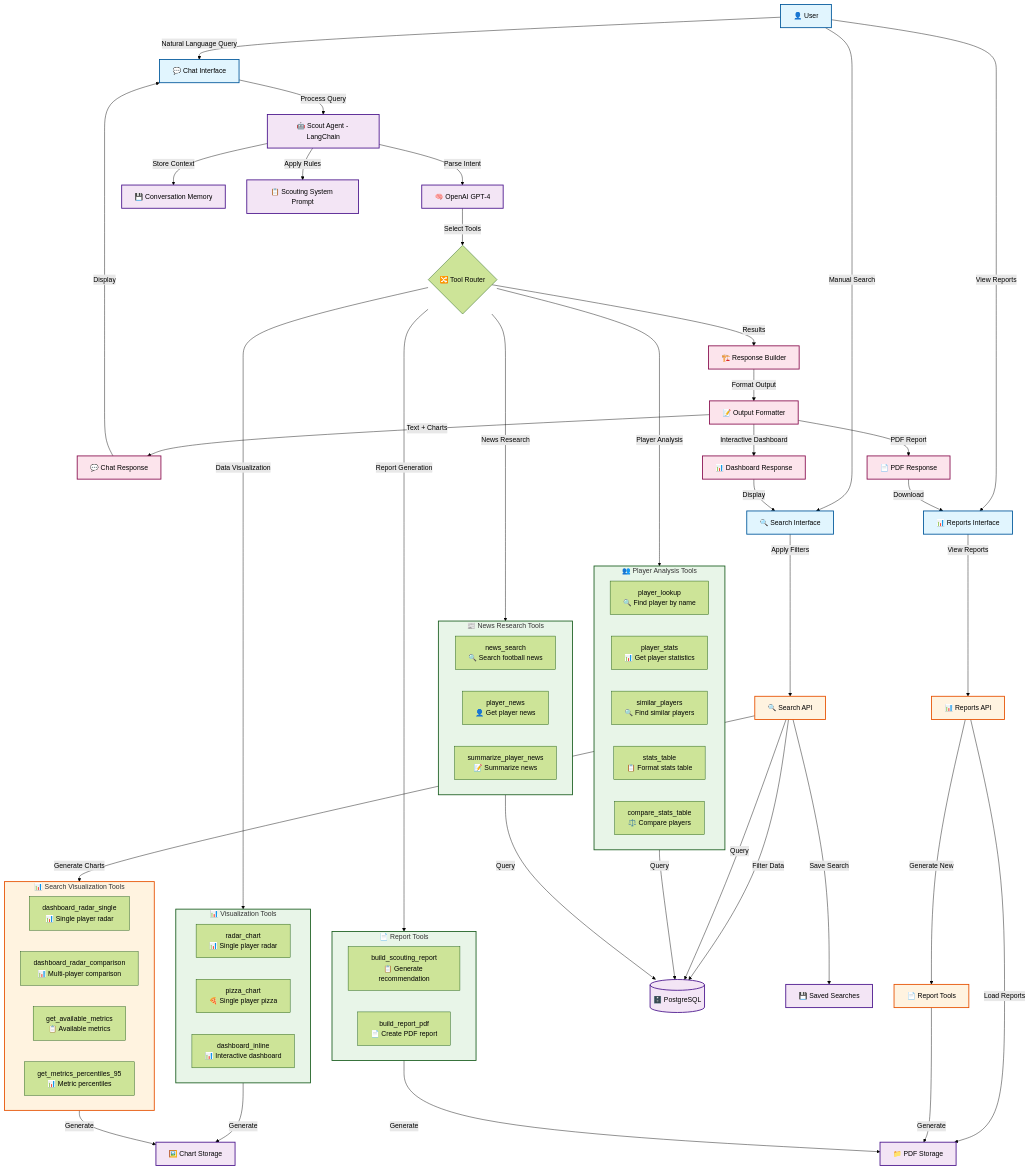
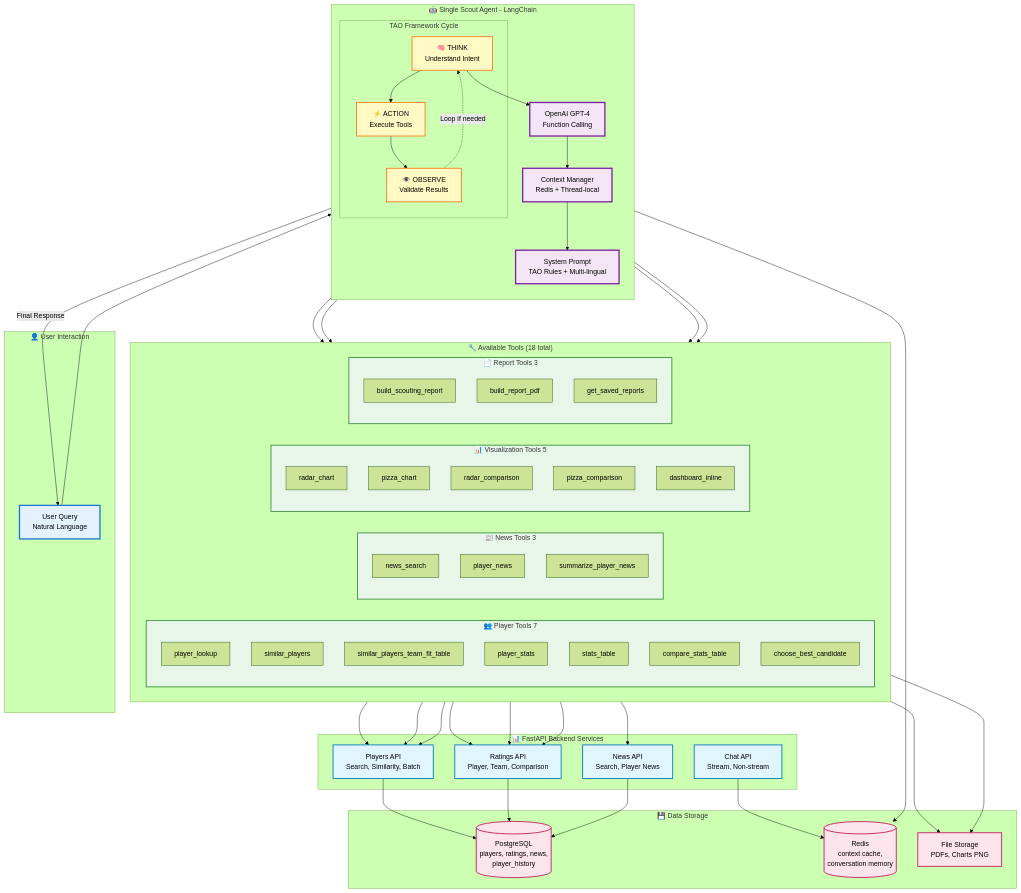
One commit to KikeRev/smart_scout_app changed the second of 2 diagrams in README.md. Above: the diagram before and after it, drawn with Mermaid (forest theme). The commit also changed other lines of this file and 81 other files, not shown here.

First line of the commit message:
Feature/player rating system (#18)

````diff
--- a/README.md
+++ b/README.md
@@ -656,108 +1061,122 @@
 ```mermaid
-flowchart TD
-    %% User Entry Points
-    User[👤 User] -->|"Natural Language Query"| ChatInterface[💬 Chat Interface]
-    User -->|"Manual Search"| SearchInterface[🔍 Search Interface]
-    User -->|"View Reports"| ReportsInterface[📊 Reports Interface]
+flowchart TB
+    subgraph User_Interaction["👤 User Interaction"]
+        User[User Query<br/>Natural Language]
+    end
+
+    subgraph Agent_Core["🤖 Single Scout Agent - LangChain"]
+        direction TB
+        
+        subgraph TAO_Cycle["TAO Framework Cycle"]
+            Think[🧠 THINK<br/>Understand Intent]
+            Action[⚡ ACTION<br/>Execute Tools]
+            Observe[👁️ OBSERVE<br/>Validate Results]
+        end
+        
+        LLM[OpenAI GPT-4<br/>Function Calling]
+        ContextMgr[Context Manager<br/>Redis + Thread-local]
+        SystemPrompt[System Prompt<br/>TAO Rules + Multi-lingual]
+    end
+
+    subgraph Available_Tools["🔧 Available Tools (18 total)"]
+        direction LR
+        
+        subgraph PlayerTools["👥 Player Tools 7"]
+            PT1[player_lookup]
+            PT2[similar_players]
+            PT3[similar_players_team_fit_table]
+            PT4[player_stats]
+            PT5[stats_table]
+            PT6[compare_stats_table]
+            PT7[choose_best_candidate]
+        end
+        
+        subgraph NewsTools["📰 News Tools 3"]
+            NT1[news_search]
+            NT2[player_news]
+            NT3[summarize_player_news]
+        end
+        
+        subgraph VizTools["📊 Visualization Tools 5"]
+            VT1[radar_chart]
+            VT2[pizza_chart]
+            VT3[radar_comparison]
+            VT4[pizza_comparison]
+            VT5[dashboard_inline]
+        end
+        
+        subgraph ReportTools["📄 Report Tools 3"]
+            RT1[build_scouting_report]
+            RT2[build_report_pdf]
+            RT3[get_saved_reports]
+        end
+    end
+
+    subgraph Backend_Services["📊 FastAPI Backend Services"]
+        PlayersAPI[Players API<br/>Search, Similarity, Batch]
+        RatingsAPI[Ratings API<br/>Player, Team, Comparison]
+        NewsAPI[News API<br/>Search, Player News]
+        ChatAPI[Chat API<br/>Stream, Non-stream]
+    end
+
+    subgraph Data_Storage["💾 Data Storage"]
+        PostgreSQL[(PostgreSQL<br/>players, ratings, news,<br/>player_history)]
+        RedisCache[(Redis<br/>context cache,<br/>conversation memory)]
+        FileStorage[File Storage<br/>PDFs, Charts PNG]
+    end
+
+    %% User to Agent
+    User --> Think
+    Think --> LLM
+    LLM --> ContextMgr
+    ContextMgr --> SystemPrompt
     
-    %% Chat Flow - AI Agent
-    ChatInterface -->|"Process Query"| Agent[🤖 Scout Agent - LangChain]
-    Agent -->|"Parse Intent"| LLM[🧠 OpenAI GPT-4]
-    Agent -->|"Store Context"| Memory[💾 Conversation Memory]
-    Agent -->|"Apply Rules"| SystemPrompt[📋 Scouting System Prompt]
+    %% TAO Cycle
+    Think --> Action
+    Action --> Observe
+    Observe -.->|"Loop if needed"| Think
+    Observe -->|"Final Response"| User
     
-    %% Tool Selection & Execution
-    LLM -->|"Select Tools"| ToolRouter{🔀 Tool Router}
+    %% Action calls Tools
+    Action --> PlayerTools
+    Action --> NewsTools
+    Action --> VizTools
+    Action --> ReportTools
     
-    %% Chat Flow Tools
-    ToolRouter -->|"Player Analysis"| ChatPlayerTools[👥 Player Analysis Tools]
-    ToolRouter -->|"News Research"| ChatNewsTools[📰 News Research Tools]
-    ToolRouter -->|"Data Visualization"| ChatVizTools[📊 Visualization Tools]
-    ToolRouter -->|"Report Generation"| ChatReportTools[📄 Report Tools]
+    %% Tools call Backend Services
+    PlayerTools --> PlayersAPI
+    PlayerTools --> RatingsAPI
+    NewsTools --> NewsAPI
+    VizTools --> PlayersAPI
+    VizTools --> RatingsAPI
+    ReportTools --> PlayersAPI
+    ReportTools --> RatingsAPI
     
-    %% Chat Player Tools Detail
-    subgraph ChatPlayerTools[👥 Player Analysis Tools]
-        CPT1[player_lookup<br/>🔍 Find player by name]
-        CPT2[player_stats<br/>📊 Get player statistics]
-        CPT3[similar_players<br/>🔍 Find similar players]
-        CPT4[stats_table<br/>📋 Format stats table]
-        CPT5[compare_stats_table<br/>⚖️ Compare players]
-    end
+    %% Backend Services use Data
+    PlayersAPI --> PostgreSQL
+    RatingsAPI --> PostgreSQL
+    NewsAPI --> PostgreSQL
+    ChatAPI --> RedisCache
     
-    %% Chat News Tools Detail
-    subgraph ChatNewsTools[📰 News Research Tools]
-        CNT1[news_search<br/>🔍 Search football news]
-        CNT2[player_news<br/>👤 Get player news]
-        CNT3[summarize_player_news<br/>📝 Summarize news]
-    end
+    %% File Generation
+    VizTools --> FileStorage
+    ReportTools --> FileStorage
     
-    %% Chat Visualization Tools Detail
-    subgraph ChatVizTools[📊 Visualization Tools]
-        CVT1[radar_chart<br/>📊 Single player radar]
-        CVT2[pizza_chart<br/>🍕 Single player pizza]
-        CVT3[dashboard_inline<br/>📊 Interactive dashboard]
-    end
-    
-    %% Chat Report Tools Detail
-    subgraph ChatReportTools[📄 Report Tools]
-        CRT1[build_scouting_report<br/>📋 Generate recommendation]
-        CRT2[build_report_pdf<br/>📄 Create PDF report]
-    end
-    
-    %% Manual Search Flow
-    SearchInterface -->|"Apply Filters"| SearchAPI[🔍 Search API]
-    SearchAPI -->|"Filter Data"| Database[(🗄️ PostgreSQL)]
-    SearchAPI -->|"Generate Charts"| SearchVizTools[📊 Search Visualization Tools]
-    SearchAPI -->|"Save Search"| SavedSearches[💾 Saved Searches]
-    
-    %% Manual Search Visualization Tools
-    subgraph SearchVizTools[📊 Search Visualization Tools]
-        SVT1[dashboard_radar_single<br/>📊 Single player radar]
-        SVT2[dashboard_radar_comparison<br/>📊 Multi-player comparison]
-        SVT3[get_available_metrics<br/>📋 Available metrics]
-        SVT4[get_metrics_percentiles_95<br/>📊 Metric percentiles]
-    end
-    
-    %% Reports Flow
-    ReportsInterface -->|"View Reports"| ReportsAPI[📊 Reports API]
-    ReportsAPI -->|"Load Reports"| PDFStorage[📁 PDF Storage]
-    ReportsAPI -->|"Generate New"| ReportTools[📄 Report Tools]
-    
-    %% Data Sources
-    ChatPlayerTools -->|"Query"| Database
-    ChatNewsTools -->|"Query"| Database
-    SearchAPI -->|"Query"| Database
-    ChatVizTools -->|"Generate"| ChartStorage[🖼️ Chart Storage]
-    SearchVizTools -->|"Generate"| ChartStorage
-    ChatReportTools -->|"Generate"| PDFStorage
-    ReportTools -->|"Generate"| PDFStorage
-    
-    %% Output Generation
-    ToolRouter -->|"Results"| ResponseBuilder[🏗️ Response Builder]
-    ResponseBuilder -->|"Format Output"| OutputFormatter[📝 Output Formatter]
-    
-    %% Output Types
-    OutputFormatter -->|"Text + Charts"| ChatResponse[💬 Chat Response]
-    OutputFormatter -->|"Interactive Dashboard"| DashboardResponse[📊 Dashboard Response]
-    OutputFormatter -->|"PDF Report"| PDFResponse[📄 PDF Response]
-    
-    %% User Interfaces
-    ChatResponse -->|"Display"| ChatInterface
-    DashboardResponse -->|"Display"| SearchInterface
-    PDFResponse -->|"Download"| ReportsInterface
+    %% Context Persistence
+    ContextMgr --> RedisCache
     
     %% Styling
-    classDef userInterface fill:#e1f5fe,stroke:#01579b,stroke-width:2px
-    classDef agent fill:#f3e5f5,stroke:#4a148c,stroke-width:2px
-    classDef chatTools fill:#e8f5e8,stroke:#1b5e20,stroke-width:2px
-    classDef searchTools fill:#fff3e0,stroke:#e65100,stroke-width:2px
-    classDef data fill:#f3e5f5,stroke:#4a148c,stroke-width:2px
-    classDef output fill:#fce4ec,stroke:#880e4f,stroke-width:2px
+    classDef userStyle fill:#e3f2fd,stroke:#1976d2,stroke-width:3px
+    classDef agentStyle fill:#f3e5f5,stroke:#7b1fa2,stroke-width:3px
+    classDef taoStyle fill:#fff9c4,stroke:#f57f17,stroke-width:2px
+    classDef toolStyle fill:#e8f5e9,stroke:#388e3c,stroke-width:2px
+    classDef serviceStyle fill:#e1f5fe,stroke:#0277bd,stroke-width:2px
+    classDef dataStyle fill:#fce4ec,stroke:#c2185b,stroke-width:2px
     
-    class User,ChatInterface,SearchInterface,ReportsInterface userInterface
-    class Agent,LLM,Memory,SystemPrompt agent
-    class ChatPlayerTools,ChatNewsTools,ChatVizTools,ChatReportTools chatTools
-    class SearchVizTools,SearchAPI,ReportsAPI,ReportTools searchTools
-    class Database,ChartStorage,PDFStorage,SavedSearches data
-    class ResponseBuilder,OutputFormatter,ChatResponse,DashboardResponse,PDFResponse output
+    class User userStyle
+    class LLM,ContextMgr,SystemPrompt agentStyle
+    class Think,Action,Observe taoStyle
+    class PlayerTools,NewsTools,VizTools,ReportTools toolStyle
+    class PlayersAPI,RatingsAPI,NewsAPI,ChatAPI serviceStyle
+    class PostgreSQL,RedisCache,FileStorage dataStyle
 ```
````
